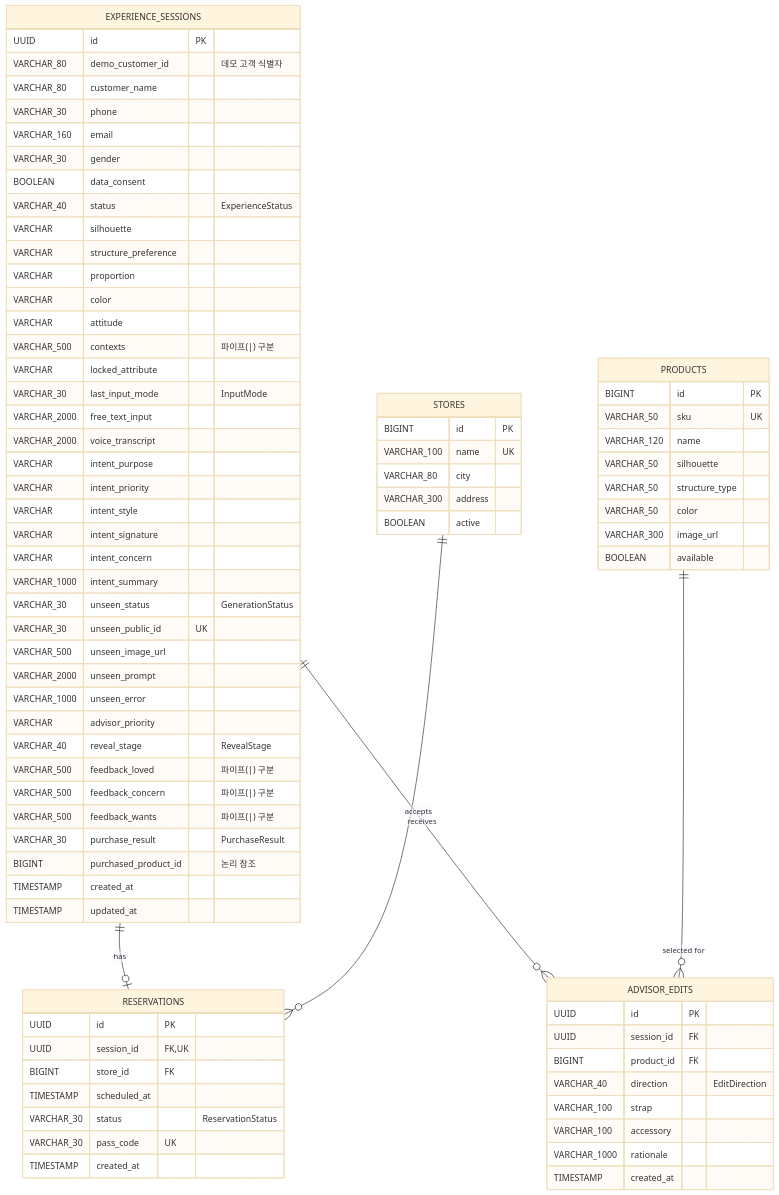
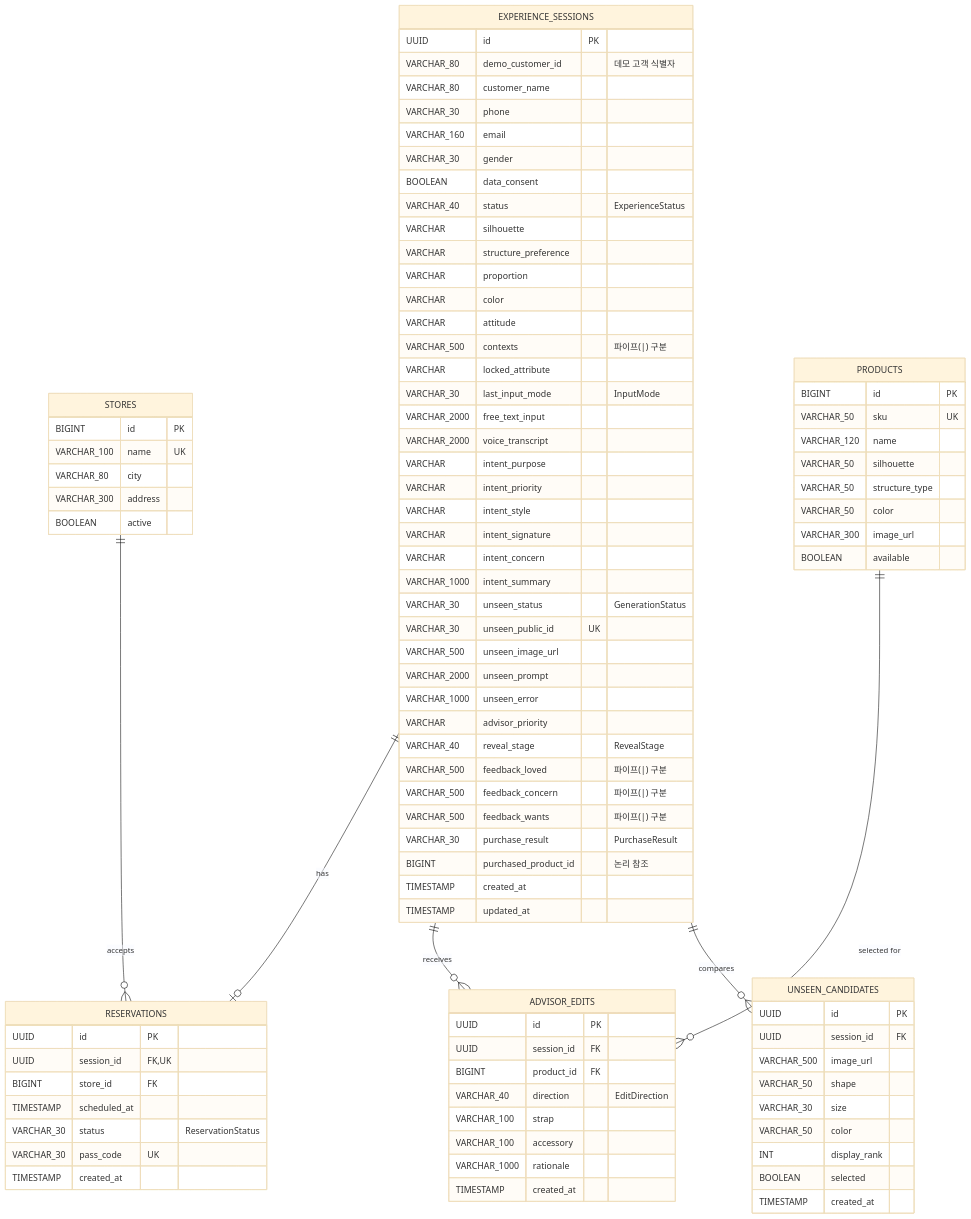
One commit to LikeLion-Catholic-univ-14th/hackathon-team3-BE changed the first of 3 diagrams in docs/ERD.md. Above: the diagram before and after it, drawn with Mermaid (base theme). The commit also changed other lines of this file and 16 other files, not shown here.

Commit message:
feat: 피그마 기반 UNSEEN 이미지 선택 및 예약 플로우 구현

````diff
--- a/docs/ERD.md
+++ b/docs/ERD.md
@@ -9,6 +9,7 @@
     EXPERIENCE_SESSIONS ||--o| RESERVATIONS : "has"
     STORES ||--o{ RESERVATIONS : "accepts"
     EXPERIENCE_SESSIONS ||--o{ ADVISOR_EDITS : "receives"
+    EXPERIENCE_SESSIONS ||--o{ UNSEEN_CANDIDATES : "compares"
     PRODUCTS ||--o{ ADVISOR_EDITS : "selected for"
 
     EXPERIENCE_SESSIONS {
@@ -91,4 +92,16 @@
         VARCHAR_1000 rationale
         TIMESTAMP created_at
     }
+
+    UNSEEN_CANDIDATES {
+        UUID id PK
+        UUID session_id FK
+        VARCHAR_500 image_url
+        VARCHAR_50 shape
+        VARCHAR_30 size
+        VARCHAR_50 color
+        INT display_rank
+        BOOLEAN selected
+        TIMESTAMP created_at
+    }
 ```
````
